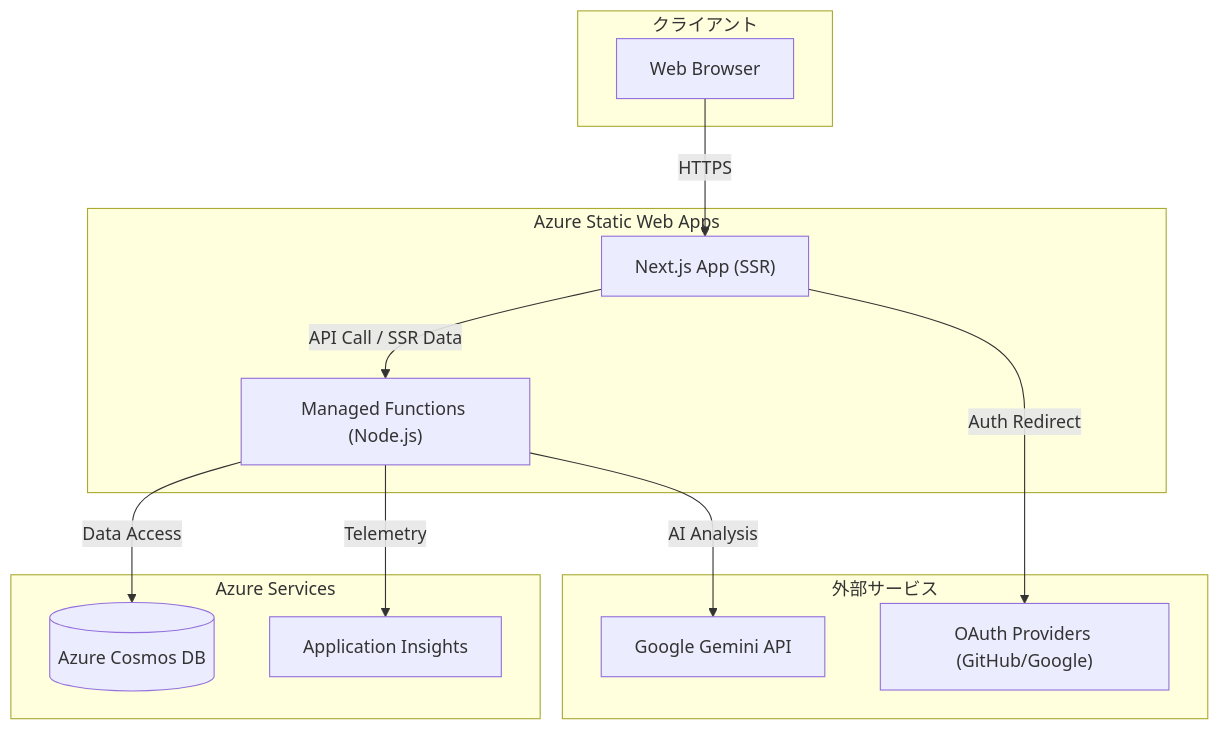
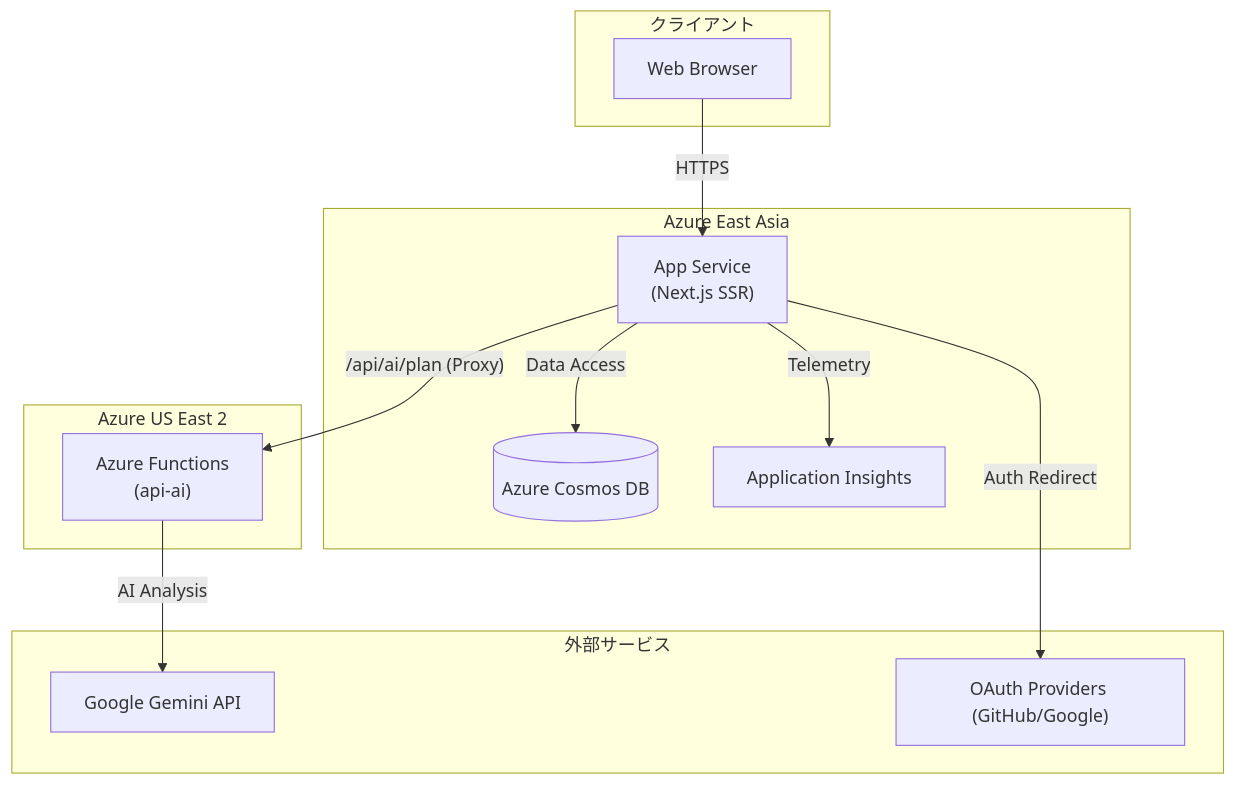
Before and after one commit to keisato848/IpaLab: the first of 2 diagrams in README.md, drawn with Mermaid. The commit also changed other lines of this file and 2 other files, not shown here.

````diff
--- a/README.md
+++ b/README.md
@@ -39,29 +40,28 @@
 ```mermaid
 graph TD
     subgraph Client [クライアント]
         Browser[Web Browser]
     end
 
-    subgraph Azure_SWA [Azure Static Web Apps]
-        NextJS["Next.js App (SSR)"]
-        API["Managed Functions (Node.js)"]
-        
-        NextJS -- "API Call / SSR Data" --> API
+    subgraph Azure_EastAsia [Azure East Asia]
+        AppService["App Service\n(Next.js SSR)"]
+        CosmosDB[(Azure Cosmos DB)]
+        AppInsights[Application Insights]
     end
 
-    subgraph Azure_Services [Azure Services]
-        CosmosDB[(Azure Cosmos DB)]
-        AppInsights[Application Insights]
+    subgraph Azure_USEast2 [Azure US East 2]
+        FuncAI["Azure Functions\n(api-ai)"]
     end
     
     subgraph External [外部サービス]
         Gemini[Google Gemini API]
         Auth["OAuth Providers (GitHub/Google)"]
     end
 
-    Browser -- "HTTPS" --> NextJS
-    API -- "Data Access" --> CosmosDB
-    API -- "AI Analysis" --> Gemini
-    API -- "Telemetry" --> AppInsights
-    NextJS -- "Auth Redirect" --> Auth
+    Browser -- "HTTPS" --> AppService
+    AppService -- "Data Access" --> CosmosDB
+    AppService -- "/api/ai/plan (Proxy)" --> FuncAI
+    FuncAI -- "AI Analysis" --> Gemini
+    AppService -- "Telemetry" --> AppInsights
+    AppService -- "Auth Redirect" --> Auth
 ```
````
